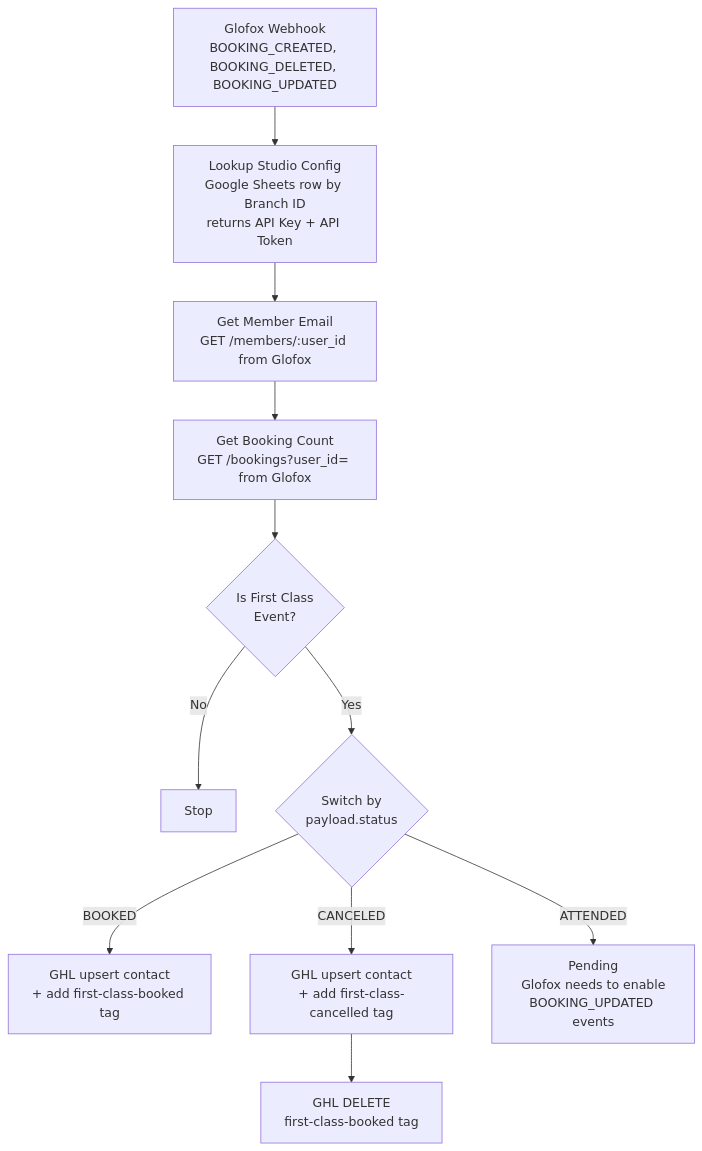
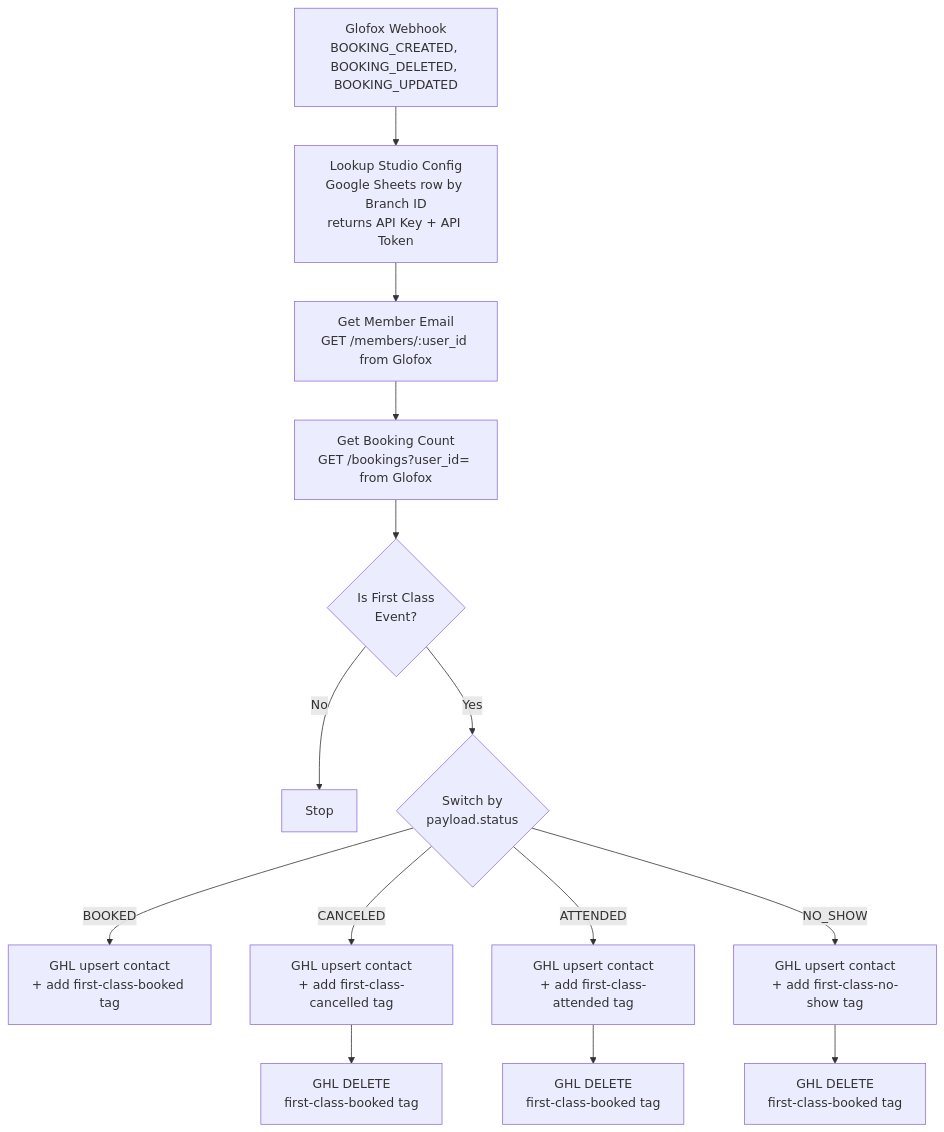
Before and after one commit to SocialFitnessManchester/n8n-automations: the diagram in glofox-first-class/OVERVIEW.md, drawn with Mermaid. The commit also changed other lines of this file, not shown here.

Commit message:
First Class OVERVIEW: add NO_SHOW branch, error handler, drop Create-a-lead

````diff
--- a/glofox-first-class/OVERVIEW.md
+++ b/glofox-first-class/OVERVIEW.md
@@ -64,13 +64,16 @@
 ```mermaid
 flowchart TD
     A[Glofox Webhook<br/>BOOKING_CREATED, BOOKING_DELETED, BOOKING_UPDATED] --> B[Lookup Studio Config<br/>Google Sheets row by Branch ID<br/>returns API Key + API Token]
     B --> C[Get Member Email<br/>GET /members/:user_id from Glofox]
     C --> D[Get Booking Count<br/>GET /bookings?user_id= from Glofox]
     D --> E{Is First Class<br/>Event?}
     E -->|No| Z[Stop]
     E -->|Yes| F{Switch by<br/>payload.status}
     F -->|BOOKED| G[GHL upsert contact<br/>+ add first-class-booked tag]
     F -->|CANCELED| H[GHL upsert contact<br/>+ add first-class-cancelled tag]
     H --> I[GHL DELETE<br/>first-class-booked tag]
-    F -->|ATTENDED| J[Pending<br/>Glofox needs to enable<br/>BOOKING_UPDATED events]
+    F -->|ATTENDED| J[GHL upsert contact<br/>+ add first-class-attended tag]
+    J --> J2[GHL DELETE<br/>first-class-booked tag]
+    F -->|NO_SHOW| K[GHL upsert contact<br/>+ add first-class-no-show tag]
+    K --> K2[GHL DELETE<br/>first-class-booked tag]
 ```
````
